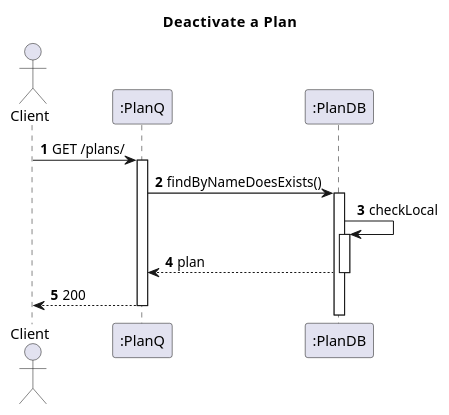
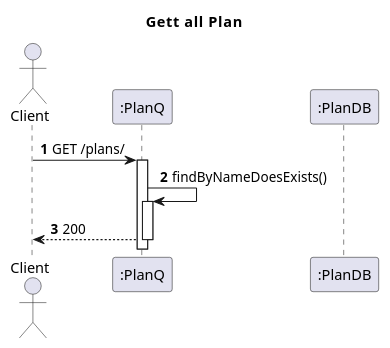
Before and after one commit to IsepMartimOliveira/SIDIS: the diagram in docs_sidis/Segunda_Avalição/Plans/Vista_Logica/N2/N2_GetAllPlans_Plan.puml, drawn with PlantUML. The commit also changed 7 other files, not shown here.

```diff
--- a/docs_sidis/Segunda_Avalição/Plans/Vista_Logica/N2/N2_GetAllPlans_Plan.puml
+++ b/docs_sidis/Segunda_Avalição/Plans/Vista_Logica/N2/N2_GetAllPlans_Plan.puml
@@ -1,17 +1,15 @@
 @startuml
 'https://plantuml.com/sequence-diagram
 autoactivate on
 autonumber
-title  Deactivate  a  Plan
+title  Gett  all  Plan
 
 autonumber
 
 actor "Client" as Ac
 participant ":PlanQ" as Auth
 participant ":PlanDB" as DB
 Ac->Auth:GET /plans/
-Auth->DB:findByNameDoesExists()
-DB->DB:checkLocal
-DB-->Auth:plan
+Auth->Auth:findByNameDoesExists()
 Auth-->Ac:200
 @enduml
```
